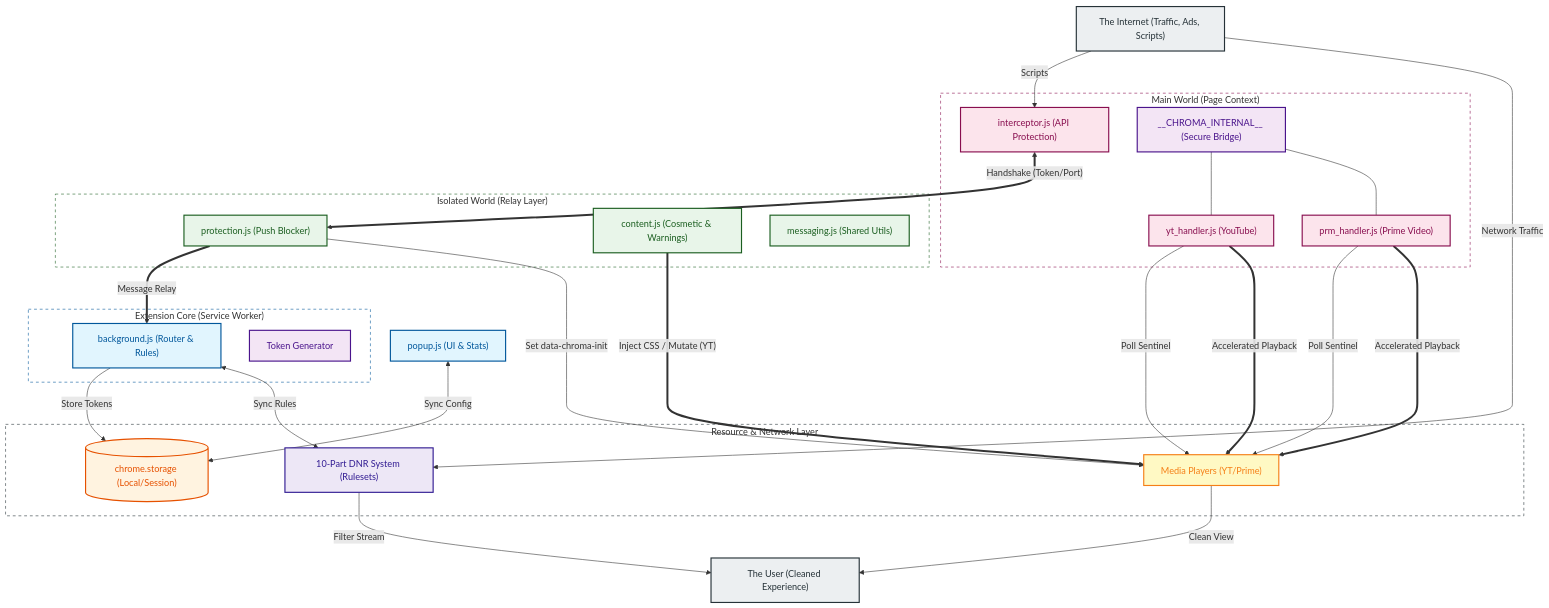
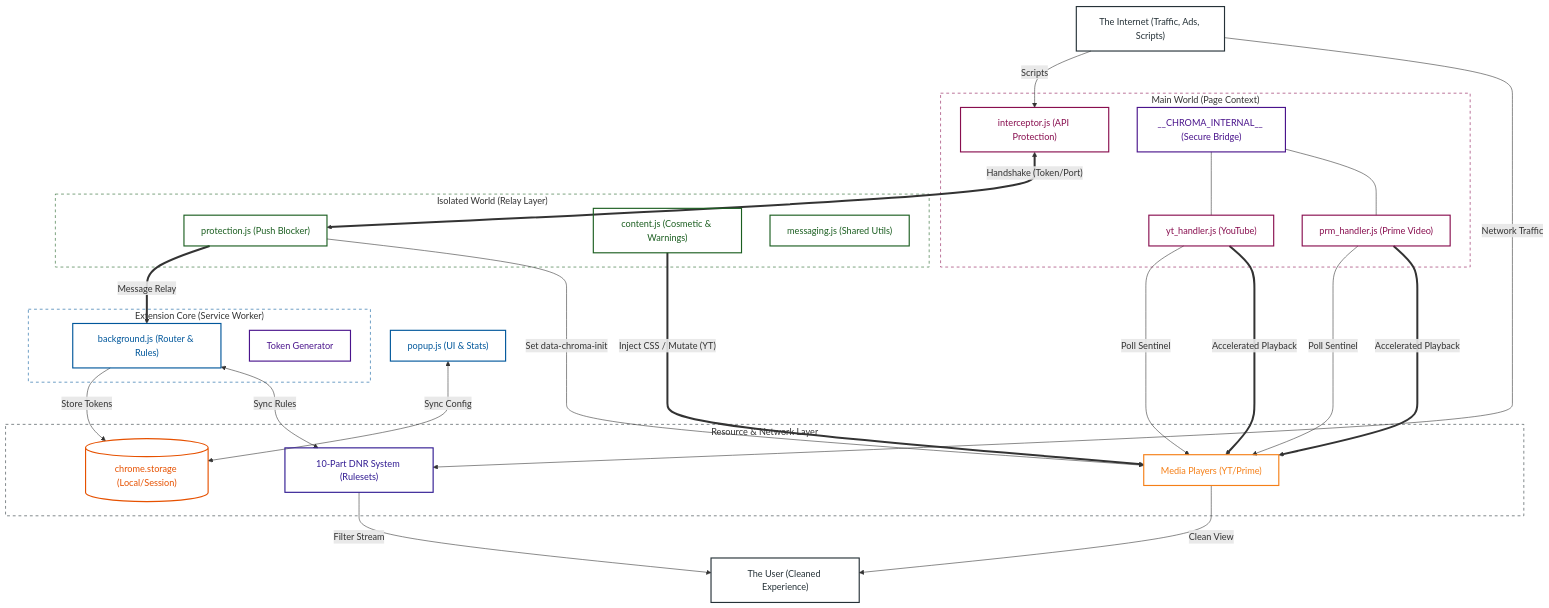
Before and after one commit to Dabrogost/Chroma-Ad-Blocker: the diagram in README.md, drawn with Mermaid.

Commit message:
docs: remove background fill colors from Mermaid diagram classes in README

````diff
--- a/README.md
+++ b/README.md
@@ -22,76 +22,76 @@
 ```mermaid
 graph TD
-    classDef sw fill:#e1f5fe,color:#01579b,stroke:#01579b,stroke-width:2px
-    classDef storage fill:#fff3e0,color:#e65100,stroke:#e65100,stroke-width:2px
-    classDef isolated fill:#e8f5e9,color:#1b5e20,stroke:#1b5e20,stroke-width:2px
-    classDef main fill:#fce4ec,color:#880e4f,stroke:#880e4f,stroke-width:2px
-    classDef dnr fill:#ede7f6,color:#311b92,stroke:#311b92,stroke-width:2px
-    classDef dom fill:#fff9c4,color:#f57f17,stroke:#f57f17,stroke-width:2px
-    classDef secure fill:#f3e5f5,color:#4a148c,stroke:#4a148c,stroke-width:2px
-    classDef actor fill:#eceff1,color:#263238,stroke:#263238,stroke-width:2px
+    classDef sw fill:none,color:#01579b,stroke:#01579b,stroke-width:2px
+    classDef storage fill:none,color:#e65100,stroke:#e65100,stroke-width:2px
+    classDef isolated fill:none,color:#1b5e20,stroke:#1b5e20,stroke-width:2px
+    classDef main fill:none,color:#880e4f,stroke:#880e4f,stroke-width:2px
+    classDef dnr fill:none,color:#311b92,stroke:#311b92,stroke-width:2px
+    classDef dom fill:none,color:#f57f17,stroke:#f57f17,stroke-width:2px
+    classDef secure fill:none,color:#4a148c,stroke:#4a148c,stroke-width:2px
+    classDef actor fill:none,color:#263238,stroke:#263238,stroke-width:2px
 
     %% --- LAYER 0: ENTRANCE ---
     INTERNET["The Internet (Traffic, Ads, Scripts)"]:::actor
 
     %% --- LAYER 1: MAIN WORLD (Execution Context) ---
     subgraph MW["Main World (Page Context)"]
         INTERCEPT["interceptor.js (API Protection)"]:::main
         YT_H["yt_handler.js (YouTube)"]:::main
         PRM_H["prm_handler.js (Prime Video)"]:::main
         BRIDGE["__CHROMA_INTERNAL__ (Secure Bridge)"]:::secure
     end
 
     %% --- LAYER 2: ISOLATED WORLD (Extension Context) ---
     subgraph IW["Isolated World (Relay Layer)"]
         PROT["protection.js (Push Blocker)"]:::isolated
         CONT["content.js (Cosmetic & Warnings)"]:::isolated
         MSG_U["messaging.js (Shared Utils)"]:::isolated
     end
 
     %% --- LAYER 3: SERVICE WORKER CORE ---
     subgraph SW["Extension Core (Service Worker)"]
         BG["background.js (Router & Rules)"]:::sw
         TOKEN_G["Token Generator"]:::secure
     end
 
     %% --- LAYER 4: INFRASTRUCTURE ---
     subgraph System["Resource & Network Layer"]
         STORAGE[("chrome.storage (Local/Session)")]:::storage
         DNR["10-Part DNR System (Rulesets)"]:::dnr
         PLAYER["Media Players (YT/Prime)"]:::dom
     end
 
     %% --- LAYER 5: UI ---
     POPUP["popup.js (UI & Stats)"]:::sw
     USER["The User (Cleaned Experience)"]:::actor
 
     %% --- PIPELINE FLOW ---
     INTERNET -- "Scripts" --> INTERCEPT
     INTERNET -- "Network Traffic" --> DNR
     
     INTERCEPT <==>|"Handshake (Token/Port)"| PROT
     PROT ==>|"Message Relay"| BG
     BG -- "Store Tokens" --> STORAGE
     
     PROT -- "Set data-chroma-init" --> PLAYER
     YT_H -- "Poll Sentinel" --> PLAYER
     PRM_H -- "Poll Sentinel" --> PLAYER
     
     BRIDGE --- YT_H
     BRIDGE --- PRM_H
     YT_H ==>|"Accelerated Playback"| PLAYER
     PRM_H ==>|"Accelerated Playback"| PLAYER
     
     CONT ==>|"Inject CSS / Mutate (YT)"| PLAYER
     DNR -- "Filter Stream" --> USER
     PLAYER -- "Clean View" --> USER
     
     POPUP <-->|"Sync Config"| STORAGE
     BG <-->|"Sync Rules"| DNR
 
     %% Style Tweaks
     style MW fill:none,stroke:#880e4f,stroke-dasharray: 5 5
     style IW fill:none,stroke:#1b5e20,stroke-dasharray: 5 5
     style SW fill:none,stroke:#01579b,stroke-dasharray: 5 5
     style System fill:none,stroke:#263238,stroke-dasharray: 5 5
 ```
````
